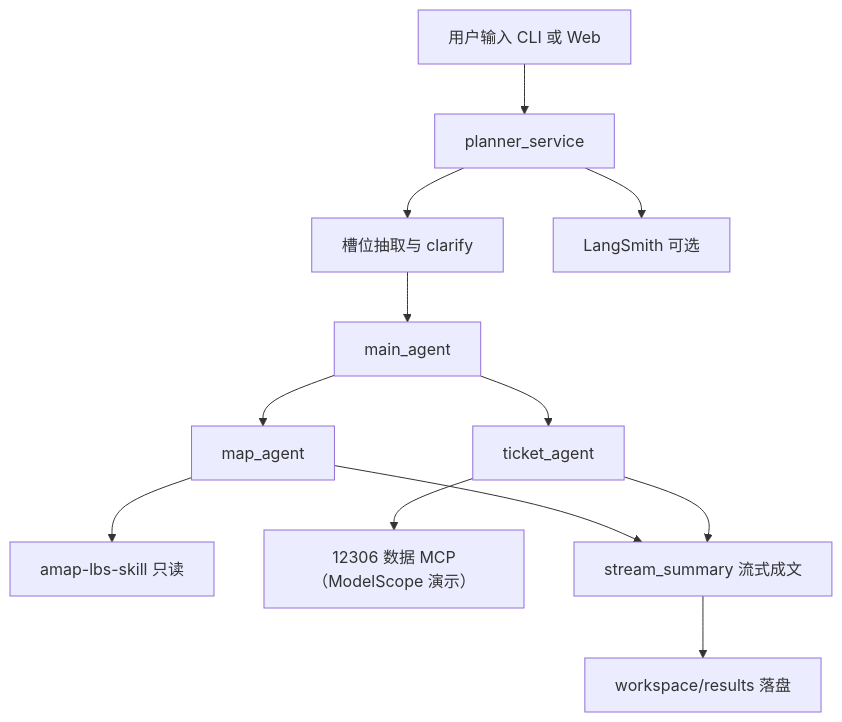
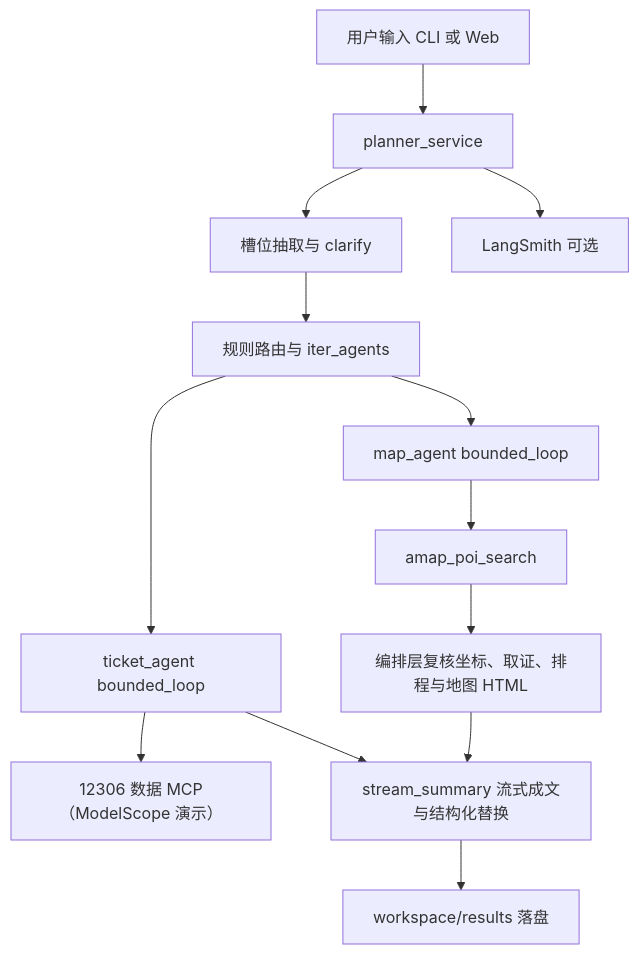
The diagram in README.md (gufeng66/luxingguihua), drawn with Mermaid before and after one commit. The commit also changed other lines of this file and 89 other files, not shown here.

````diff
--- a/README.md
+++ b/README.md
@@ -33,14 +33,15 @@
 ```mermaid
 graph TD
     U[用户输入 CLI 或 Web] --> Svc[planner_service]
     Svc --> Hitl[槽位抽取与 clarify]
-    Hitl --> M[main_agent]
-    M --> A[map_agent]
-    M --> B[ticket_agent]
-    A --> Skill["amap-lbs-skill 只读"]
+    Hitl --> M[规则路由与 iter_agents]
+    M --> A[map_agent bounded_loop]
+    M --> B[ticket_agent bounded_loop]
+    A --> POI[amap_poi_search]
     B --> MCP["12306 数据 MCP（ModelScope 演示）"]
-    A --> Sum[stream_summary 流式成文]
+    POI --> Plan[编排层复核坐标、取证、排程与地图 HTML]
+    Plan --> Sum[stream_summary 流式成文与结构化替换]
     B --> Sum
     Sum --> R[workspace/results 落盘]
     Svc --> LS[LangSmith 可选]
 ```
````
